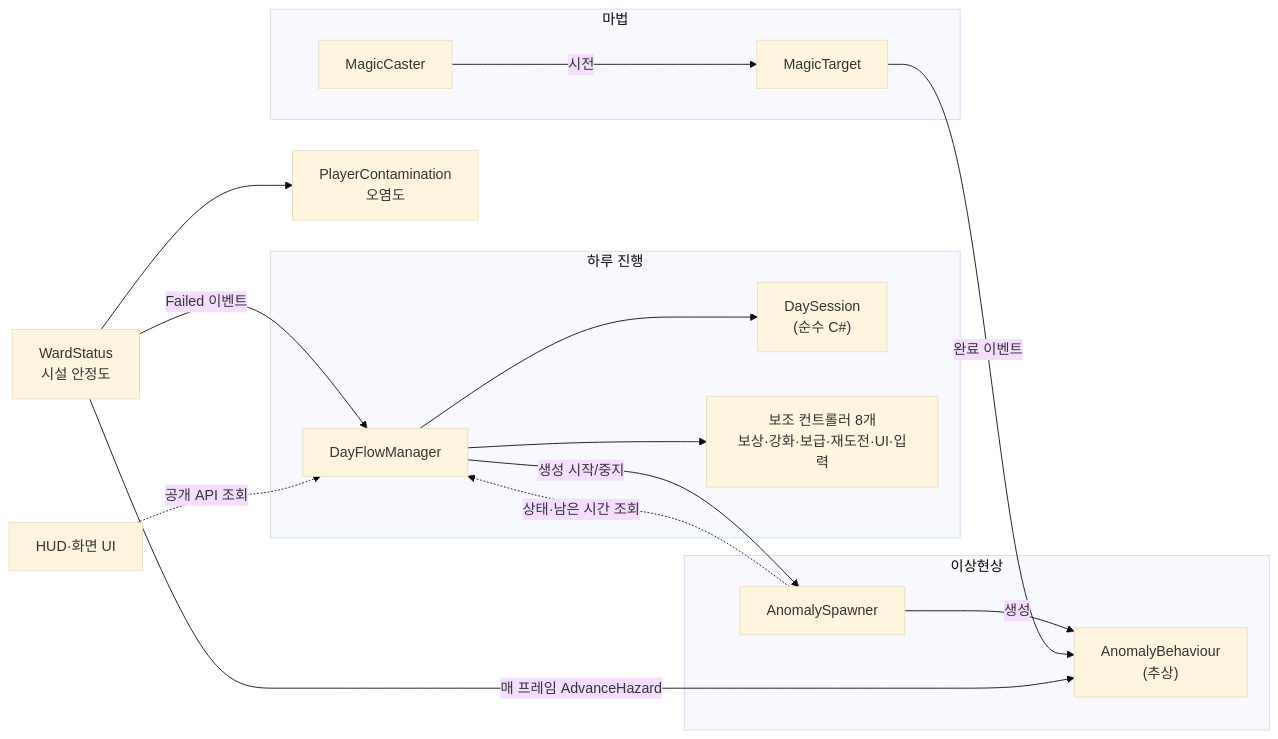
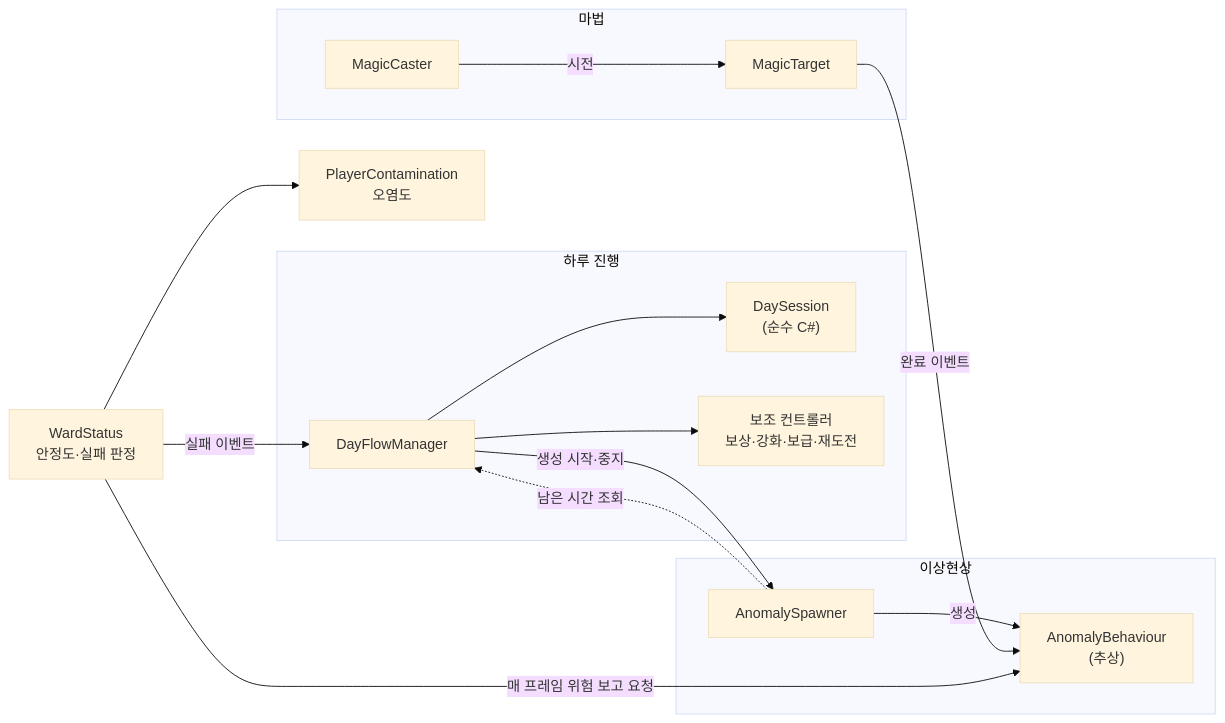
The second of 5 diagrams in src/3-arcane-shift/기술문서.md (ebsongg1/portfolio), drawn with Mermaid (base theme) before and after one commit. The commit also changed other lines of this file and 46 other files, not shown here.

````diff
--- a/src/3-arcane-shift/기술문서.md
+++ b/src/3-arcane-shift/기술문서.md
@@ -130,31 +163,29 @@
 ```mermaid
 flowchart LR
     subgraph DAY["하루 진행"]
         DFM["DayFlowManager"]
         DS["DaySession<br/>(순수 C#)"]
-        SUB["보조 컨트롤러 8개<br/>보상·강화·보급·재도전·UI·입력"]
+        SUB["보조 컨트롤러<br/>보상·강화·보급·재도전"]
     end
     subgraph AN["이상현상"]
         SP["AnomalySpawner"]
         AB["AnomalyBehaviour<br/>(추상)"]
     end
     subgraph MG["마법"]
         MC["MagicCaster"]
         MT["MagicTarget"]
     end
-    WS["WardStatus<br/>시설 안정도"]
+    WS["WardStatus<br/>안정도·실패 판정"]
     PC["PlayerContamination<br/>오염도"]
-    HUD["HUD·화면 UI"]
 
     DFM --> DS
     DFM --> SUB
-    DFM -->|"생성 시작/중지"| SP
+    DFM -->|"생성 시작·중지"| SP
     SP -->|"생성"| AB
-    SP -.->|"상태·남은 시간 조회"| DFM
+    SP -.->|"남은 시간 조회"| DFM
     MC -->|"시전"| MT
     MT -->|"완료 이벤트"| AB
-    WS -->|"매 프레임 AdvanceHazard"| AB
+    WS -->|"매 프레임 위험 보고 요청"| AB
     WS --> PC
-    WS -->|"Failed 이벤트"| DFM
-    HUD -.->|"공개 API 조회"| DFM
+    WS -->|"실패 이벤트"| DFM
 ```
````
